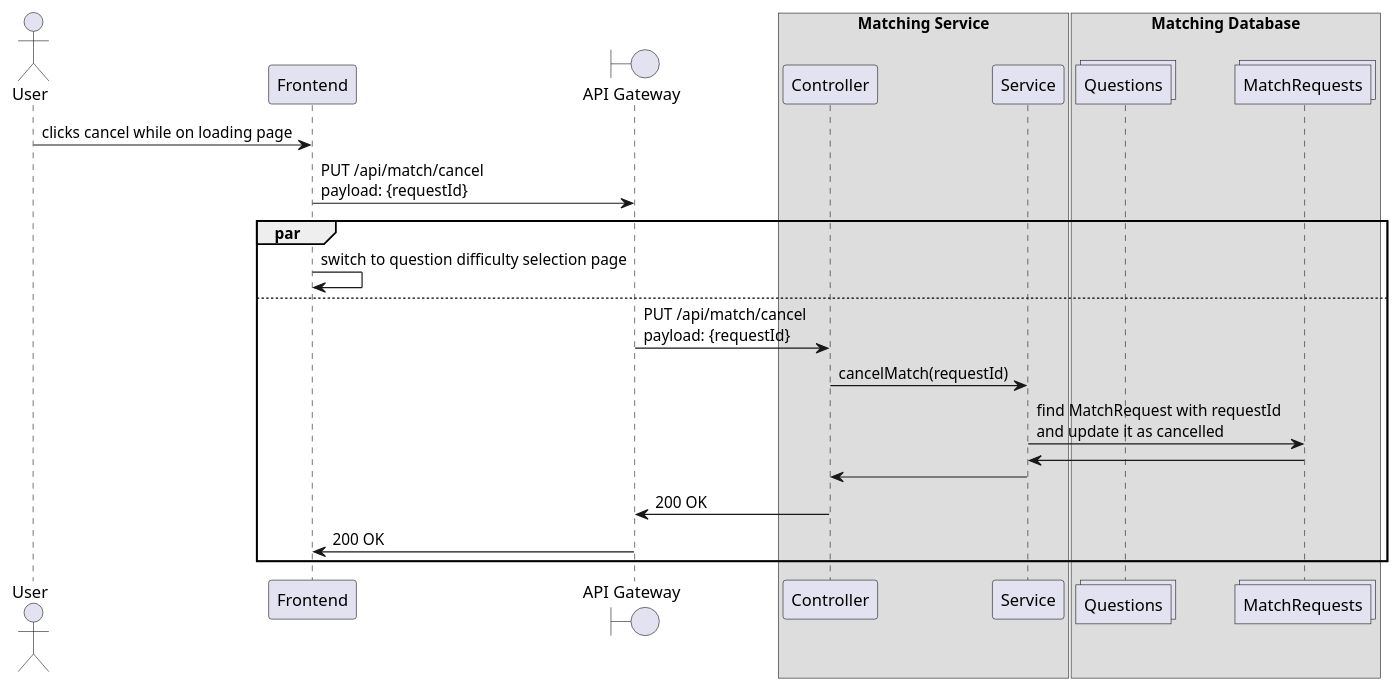
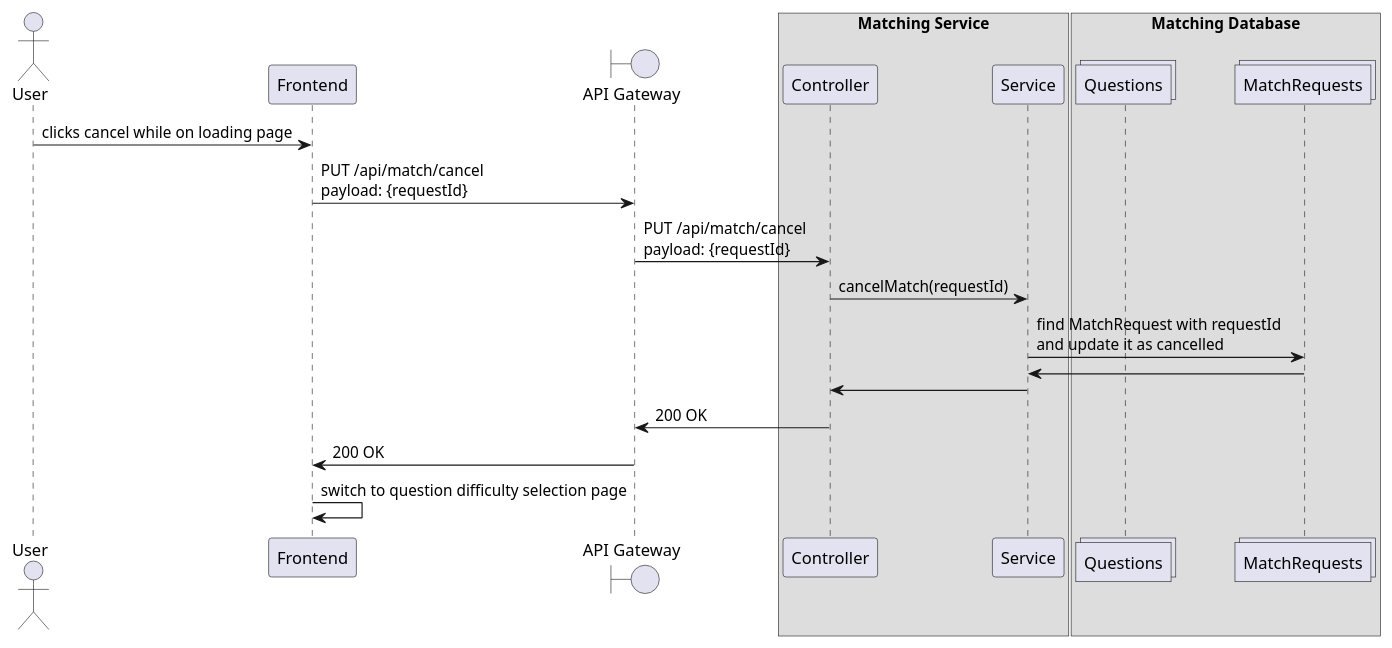
One commit to CS3219-SE-Principles-and-Patterns/cs3219-project-ay2122-2122-s1-g15 changed the diagram in services/matching/docs/sequence_cancel.puml. Above: the diagram before and after it, drawn with PlantUML. The commit also changed 7 other files, not shown here.

```diff
--- a/services/matching/docs/sequence_cancel.puml
+++ b/services/matching/docs/sequence_cancel.puml
@@ -1,29 +1,26 @@
 @startuml
 actor User as user
 'box frontend
 participant "Frontend" as webapp
 ' participant "Socket Client" as socketclient
 ' end box
 boundary "API Gateway" as gateway
 box "Matching Service"
 participant "Controller" as controller
 participant "Service" as service
 end box
 box "Matching Database"
 collections Questions as questions
 collections MatchRequests as matchrequests
 
 user -> webapp: clicks cancel while on loading page
 webapp -> gateway: PUT /api/match/cancel \npayload: {requestId}
-par 
-webapp -> webapp: switch to question difficulty selection page
-else
 gateway -> controller: PUT /api/match/cancel \npayload: {requestId}
 controller -> service: cancelMatch(requestId)
 service -> matchrequests: find MatchRequest with requestId \nand update it as cancelled
 matchrequests -> service
 service -> controller
 controller -> gateway: 200 OK
 gateway -> webapp: 200 OK
-end
+webapp -> webapp: switch to question difficulty selection page
 @enduml
```
